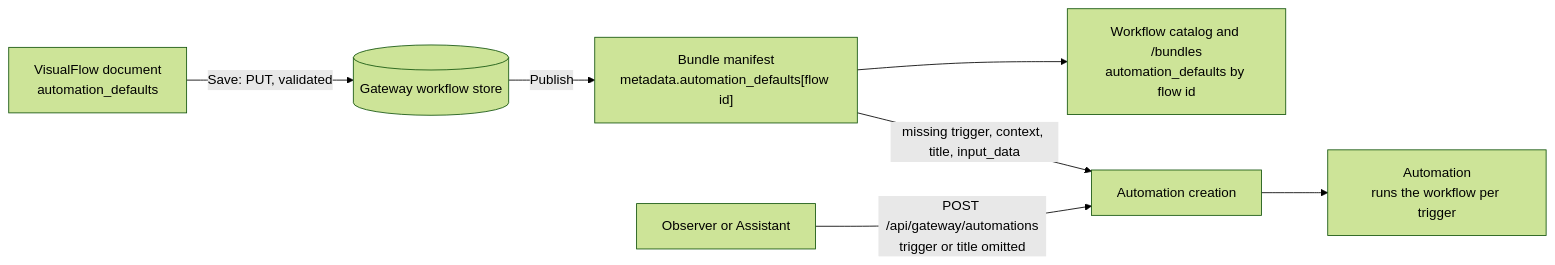
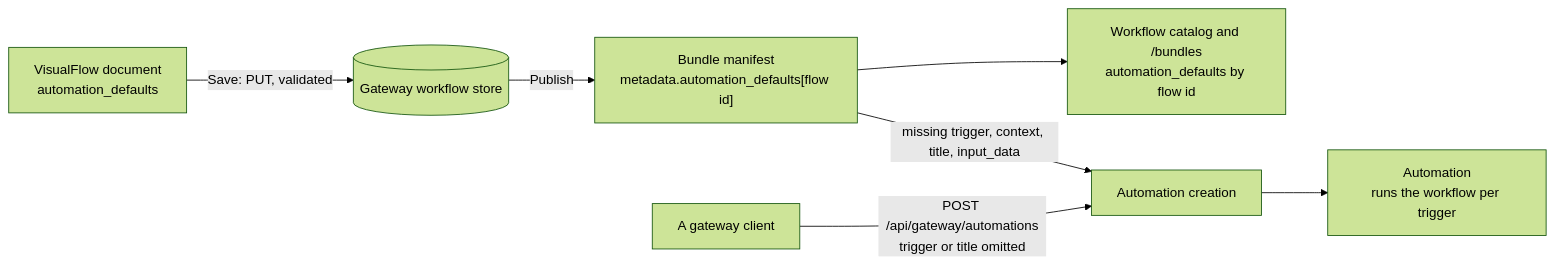
The fourth of 4 diagrams in docs/architecture.md (lpalbou/AbstractFlow), drawn with Mermaid (forest theme) before and after one commit. The commit also changed other lines of this file and 110 other files, not shown here.

````diff
--- a/docs/architecture.md
+++ b/docs/architecture.md
@@ -148,9 +147,9 @@
 ```mermaid
 flowchart LR
   Doc["VisualFlow document<br/>automation_defaults"] -->|Save: PUT, validated| Store[(Gateway workflow store)]
   Store -->|Publish| Manifest["Bundle manifest<br/>metadata.automation_defaults[flow id]"]
   Manifest --> Catalog["Workflow catalog and /bundles<br/>automation_defaults by flow id"]
-  App["Observer or Assistant"] -->|POST /api/gateway/automations<br/>trigger or title omitted| Create[Automation creation]
+  App["A gateway client"] -->|POST /api/gateway/automations<br/>trigger or title omitted| Create[Automation creation]
   Manifest -->|missing trigger, context, title, input_data| Create
   Create --> Automation["Automation<br/>runs the workflow per trigger"]
 ```
````
